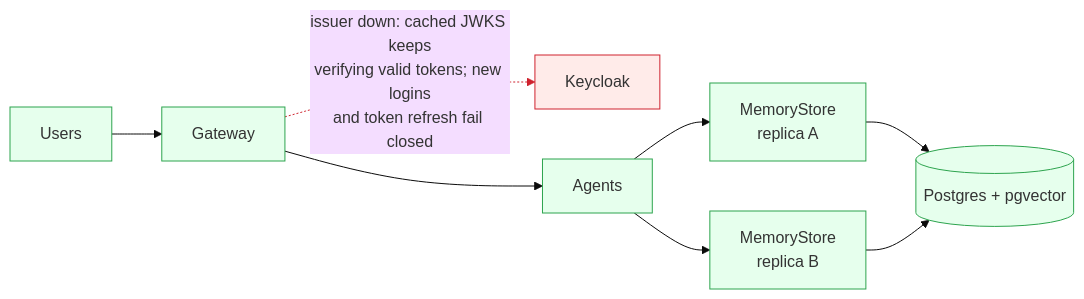
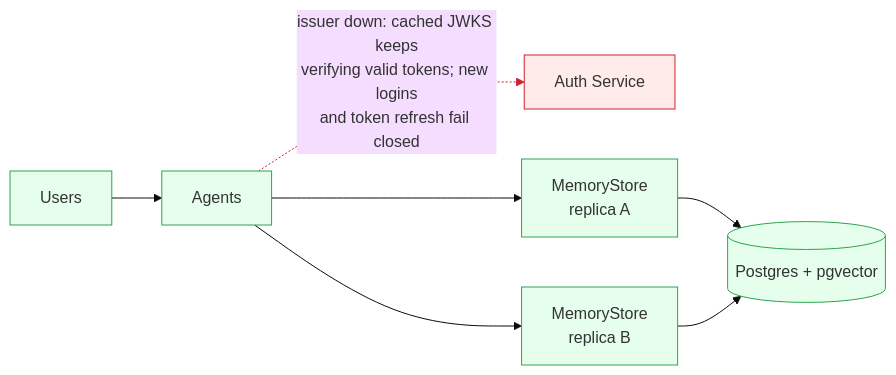
Before and after one commit to axsaucedo/kaos-adrs: the eighth of 8 diagrams in memory/blog/BLOGPOST_DRAFT_PART_3.md, drawn with Mermaid (base theme). The commit also changed other lines of this file, not shown here.

First line of the commit message:
blog(part3): simplify failure diagrams to Users, Agents, Auth Service, replicas, Postgres

````diff
--- a/memory/blog/BLOGPOST_DRAFT_PART_3.md
+++ b/memory/blog/BLOGPOST_DRAFT_PART_3.md
@@ -337,16 +333,15 @@
 ```mermaid
 flowchart LR
-  U["Users"] --> GW["Gateway"]
-  GW -.->|"issuer down: cached JWKS keeps<br/>verifying valid tokens; new logins<br/>and token refresh fail closed"| KC["Keycloak"]
-  GW --> A["Agents"]
+  U["Users"] --> A["Agents"]
+  A -.->|"issuer down: cached JWKS keeps<br/>verifying valid tokens; new logins<br/>and token refresh fail closed"| AS["Auth Service"]
   A --> R1["MemoryStore<br/>replica A"]
   A --> R2["MemoryStore<br/>replica B"]
   R1 --> PG[("Postgres + pgvector")]
   R2 --> PG
   classDef down fill:#ffebe9,stroke:#cf222e;
   classDef warn fill:#fff8c5,stroke:#d4a72c;
   classDef ok fill:#e6ffed,stroke:#2da44e;
-  class KC down;
-  class U,GW,A,R1,R2,PG ok;
+  class AS down;
+  class U,A,R1,R2,PG ok;
   linkStyle 1 stroke:#cf222e
 ```
````
